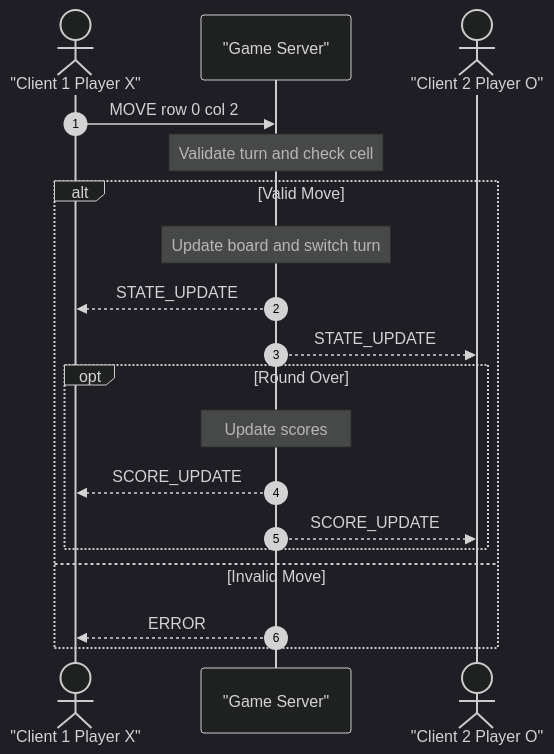
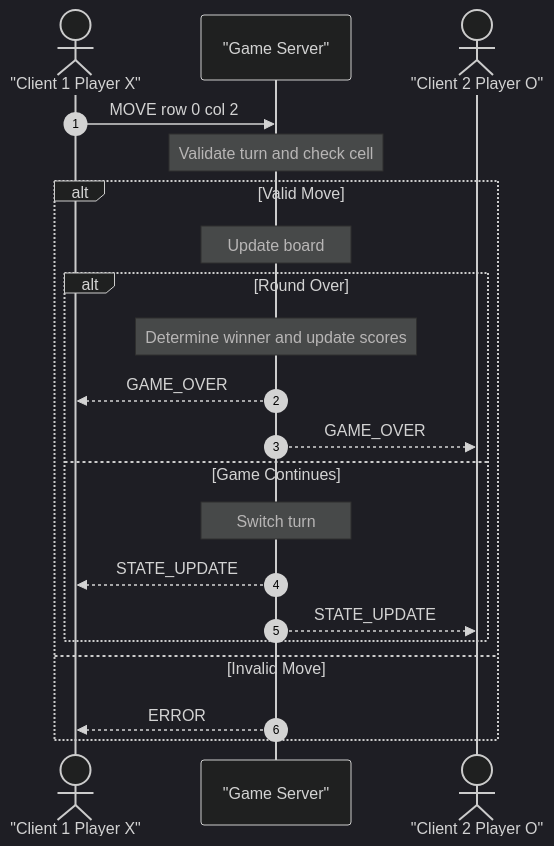
Before and after one commit to Julian-Rhino/cs457-final-project: the diagram in concurrency_design.md, drawn with Mermaid (dark theme).

````diff
--- a/concurrency_design.md
+++ b/concurrency_design.md
@@ -104,24 +104,27 @@
 ```mermaid
 sequenceDiagram
     autonumber
     actor Client1 as "Client 1 Player X"
     participant Server as "Game Server"
     actor Client2 as "Client 2 Player O"
 
     Client1->>Server: MOVE row 0 col 2
     Note over Server: Validate turn and check cell
 
     alt Valid Move
-        Note over Server: Update board and switch turn
-        Server-->>Client1: STATE_UPDATE
-        Server-->>Client2: STATE_UPDATE
+        Note over Server: Update board
 
-        opt Round Over
-            Note over Server: Update scores
-            Server-->>Client1: SCORE_UPDATE
-            Server-->>Client2: SCORE_UPDATE
+        alt Round Over
+            Note over Server: Determine winner and update scores
+            Server-->>Client1: GAME_OVER
+            Server-->>Client2: GAME_OVER
+        else Game Continues
+            Note over Server: Switch turn
+            Server-->>Client1: STATE_UPDATE
+            Server-->>Client2: STATE_UPDATE
         end
+
     else Invalid Move
         Server-->>Client1: ERROR
     end
 ```
````
